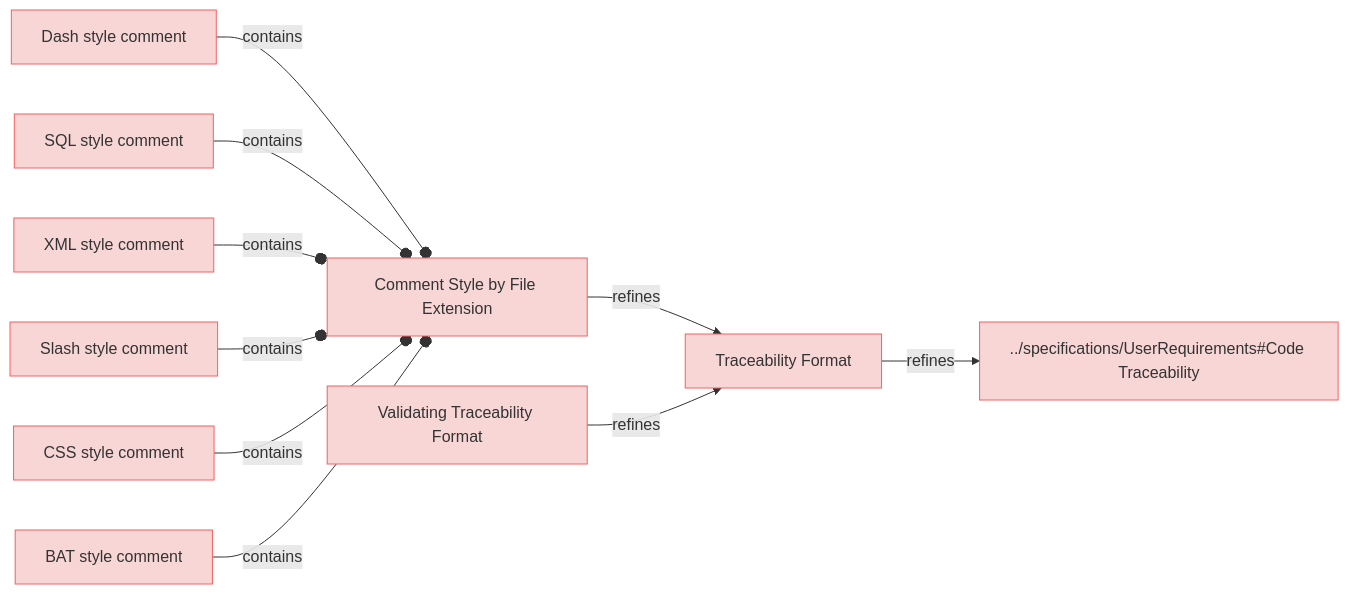
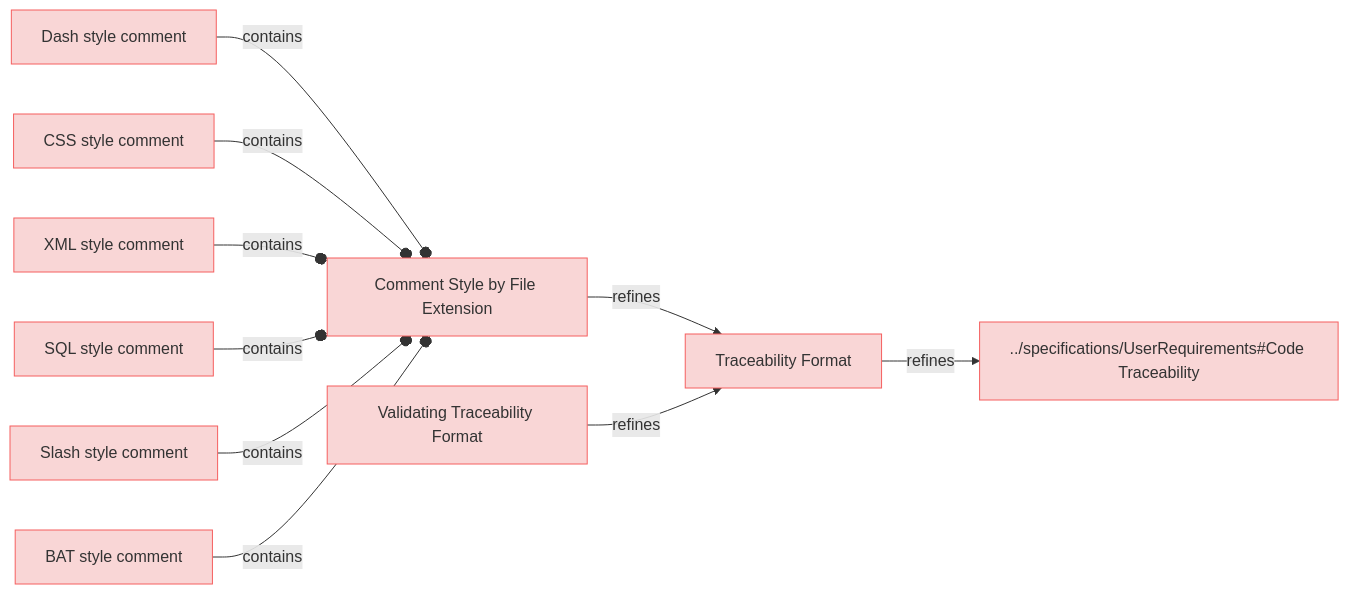
Before and after one commit to reqvire-org/reqvire: the diagram in specifications/CodeTraecabilityRequirements.md, drawn with Mermaid. The commit also changed other lines of this file and 14 other files, not shown here.

Commit message:
Diagram fixes

````diff
--- a/specifications/CodeTraecabilityRequirements.md
+++ b/specifications/CodeTraecabilityRequirements.md
@@ -4,48 +4,48 @@
 ```mermaid
 graph LR;
   %% Graph styling
   classDef requirement fill:#f9d6d6,stroke:#f55f5f,stroke-width:1px;
   classDef verification fill:#d6f9d6,stroke:#5fd75f,stroke-width:1px;
   classDef externalLink fill:#d0e0ff,stroke:#3080ff,stroke-width:1px;
   classDef default fill:#f5f5f5,stroke:#333333,stroke-width:1px;
 
   594ced3b454de491["Dash style comment"];
   click 594ced3b454de491 "CodeTraecabilityRequirements.md#dash-style-comment";
   class 594ced3b454de491 requirement;
   441d1cdce06ad3a2["Comment Style by File Extension"];
   class 441d1cdce06ad3a2 requirement;
   click 441d1cdce06ad3a2 "CodeTraecabilityRequirements.md#comment-style-by-file-extension";
   594ced3b454de491 --o|contains| 441d1cdce06ad3a2;
   7b316e0013b74149["Traceability Format"];
+  class 7b316e0013b74149 requirement;
   click 7b316e0013b74149 "CodeTraecabilityRequirements.md#traceability-format";
-  class 7b316e0013b74149 requirement;
+  441d1cdce06ad3a2 -->|refines| 7b316e0013b74149;
+  65c6dfea7db1c92f["CSS style comment"];
+  click 65c6dfea7db1c92f "CodeTraecabilityRequirements.md#css-style-comment";
+  class 65c6dfea7db1c92f requirement;
+  65c6dfea7db1c92f --o|contains| 441d1cdce06ad3a2;
   1fc4e44d5fd988a6["../specifications/UserRequirements#Code Traceability"];
   class 1fc4e44d5fd988a6 requirement;
   click 1fc4e44d5fd988a6 "UserRequirements.md#code-traceability";
   7b316e0013b74149 -->|refines| 1fc4e44d5fd988a6;
+  d443939ad4f72d1a["XML style comment"];
+  click d443939ad4f72d1a "CodeTraecabilityRequirements.md#xml-style-comment";
+  class d443939ad4f72d1a requirement;
+  d443939ad4f72d1a --o|contains| 441d1cdce06ad3a2;
   f8509ca65ccd9ff8["SQL style comment"];
   click f8509ca65ccd9ff8 "CodeTraecabilityRequirements.md#sql-style-comment";
   class f8509ca65ccd9ff8 requirement;
   f8509ca65ccd9ff8 --o|contains| 441d1cdce06ad3a2;
-  d443939ad4f72d1a["XML style comment"];
-  click d443939ad4f72d1a "CodeTraecabilityRequirements.md#xml-style-comment";
-  class d443939ad4f72d1a requirement;
-  d443939ad4f72d1a --o|contains| 441d1cdce06ad3a2;
-  441d1cdce06ad3a2 -->|refines| 7b316e0013b74149;
+  388e93e521a38370["Validating Traceability Format"];
+  click 388e93e521a38370 "CodeTraecabilityRequirements.md#validating-traceability-format";
+  class 388e93e521a38370 requirement;
+  388e93e521a38370 -->|refines| 7b316e0013b74149;
   642b1b8120da29c6["Slash style comment"];
   click 642b1b8120da29c6 "CodeTraecabilityRequirements.md#slash-style-comment";
   class 642b1b8120da29c6 requirement;
   642b1b8120da29c6 --o|contains| 441d1cdce06ad3a2;
-  388e93e521a38370["Validating Traceability Format"];
-  click 388e93e521a38370 "CodeTraecabilityRequirements.md#validating-traceability-format";
-  class 388e93e521a38370 requirement;
-  388e93e521a38370 -->|refines| 7b316e0013b74149;
-  65c6dfea7db1c92f["CSS style comment"];
-  click 65c6dfea7db1c92f "CodeTraecabilityRequirements.md#css-style-comment";
-  class 65c6dfea7db1c92f requirement;
-  65c6dfea7db1c92f --o|contains| 441d1cdce06ad3a2;
   79d357d6f00a0427["BAT style comment"];
   click 79d357d6f00a0427 "CodeTraecabilityRequirements.md#bat-style-comment";
   class 79d357d6f00a0427 requirement;
   79d357d6f00a0427 --o|contains| 441d1cdce06ad3a2;
 ```
````
